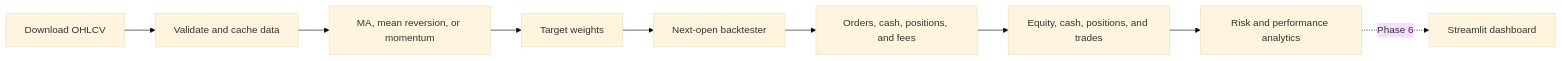
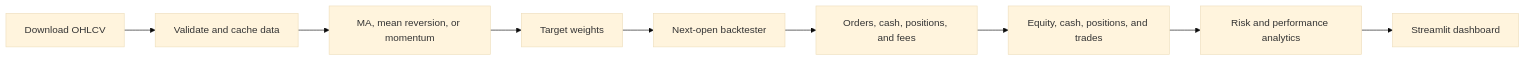
The diagram in README.md (samanyuahuja/SamQuant), drawn with Mermaid (base theme) before and after one commit. The commit also changed other lines of this file and 11 other files, not shown here.

Commit message:
Build Phase 6 Streamlit dashboard

````diff
--- a/README.md
+++ b/README.md
@@ -139,11 +139,11 @@
 ```mermaid
 flowchart LR
     A[Download OHLCV] --> B[Validate and cache data]
     B --> C[MA, mean reversion, or momentum]
     C --> D[Target weights]
     D --> E[Next-open backtester]
     E --> F[Orders, cash, positions, and fees]
     F --> G[Equity, cash, positions, and trades]
     G --> H[Risk and performance analytics]
-    H -. Phase 6 .-> I[Streamlit dashboard]
+    H --> I[Streamlit dashboard]
 ```
````
